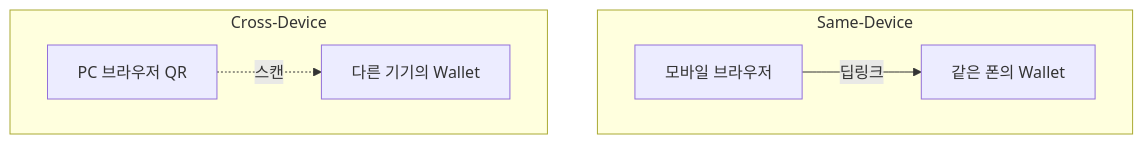
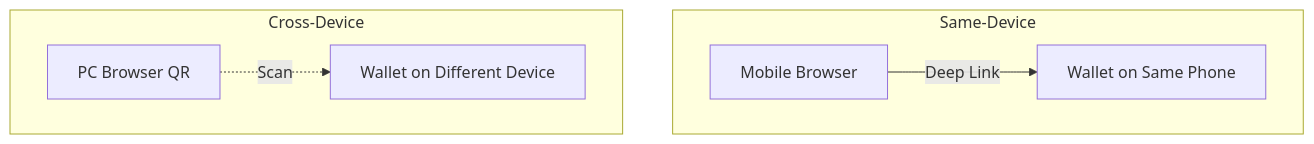
One commit to OmniOneID/poc-oid4vc changed the second of 3 diagrams in docs/concepts/oid4vp/oid4vp_overview.md. Above: the diagram before and after it, drawn with Mermaid. The commit also changed other lines of this file and 29 other files, not shown here.

````diff
--- a/docs/concepts/oid4vp/oid4vp_overview.md
+++ b/docs/concepts/oid4vp/oid4vp_overview.md
@@ -93,9 +93,9 @@
 ```mermaid
 flowchart TB
     subgraph Same["Same-Device"]
-        B1[모바일 브라우저] -->|딥링크| A1[같은 폰의 Wallet]
+        B1[Mobile Browser] -->|Deep Link| A1[Wallet on Same Phone]
     end
     subgraph Cross["Cross-Device"]
-        B2[PC 브라우저 QR] -.->|스캔| A2[다른 기기의 Wallet]
+        B2[PC Browser QR] -.->|Scan| A2[Wallet on Different Device]
     end
 ```
````
